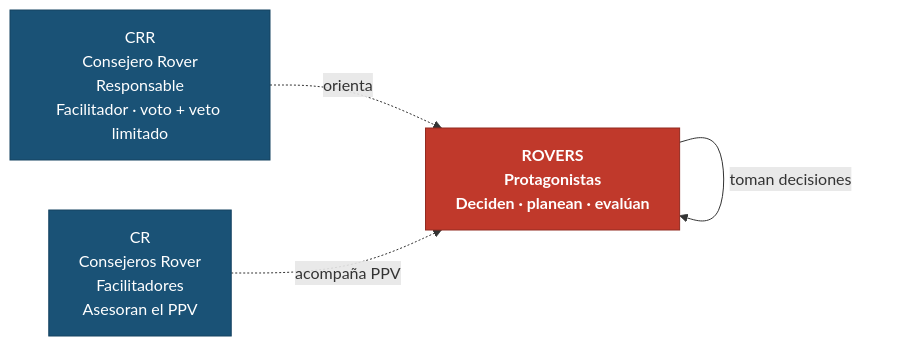
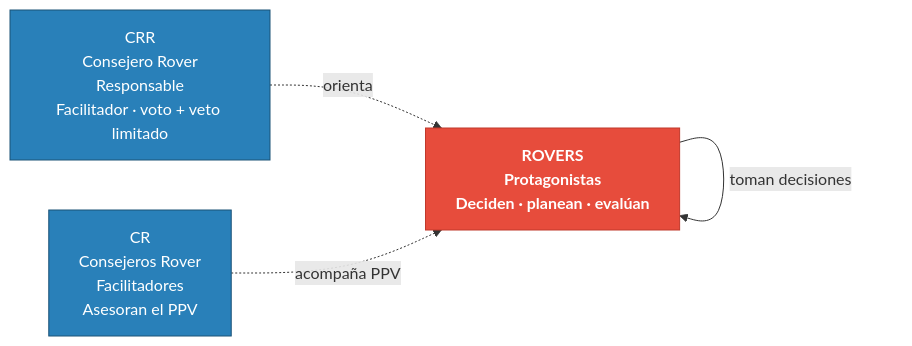
One commit to conecta-clanes/my-website changed the third of 3 diagrams in docs/base-conocimiento/tips-consejeros/liderazgo-transferencia.md. Above: the diagram before and after it, drawn with Mermaid. The commit also changed other lines of this file and 51 other files, not shown here.

````diff
--- a/docs/base-conocimiento/tips-consejeros/liderazgo-transferencia.md
+++ b/docs/base-conocimiento/tips-consejeros/liderazgo-transferencia.md
@@ -71,16 +71,16 @@
 ```mermaid
 flowchart LR
     RV["ROVERS<BR>Protagonistas<BR>Deciden · planean · evalúan"]
     CRR["CRR<BR>Consejero Rover<BR>Responsable<BR>Facilitador · voto + veto limitado"]
     CR["CR<BR>Consejeros Rover<BR>Facilitadores<BR>Asesoran el PPV"]
 
     CRR -.->|"orienta"| RV
     CR -.->|"acompaña PPV"| RV
     RV -->|"toman decisiones"| RV
 
-    classDef rover fill:#c0392b,stroke:#922b21,color:#fff,font-weight:bold
-    classDef adulto fill:#1a5276,stroke:#154360,color:#fff
+    classDef rover fill:#e74c3c,stroke:#c0392b,color:#fff,font-weight:bold
+    classDef adulto fill:#2980b9,stroke:#1a5276,color:#fff
 
     class RV rover
     class CRR,CR adulto
 ```
````
